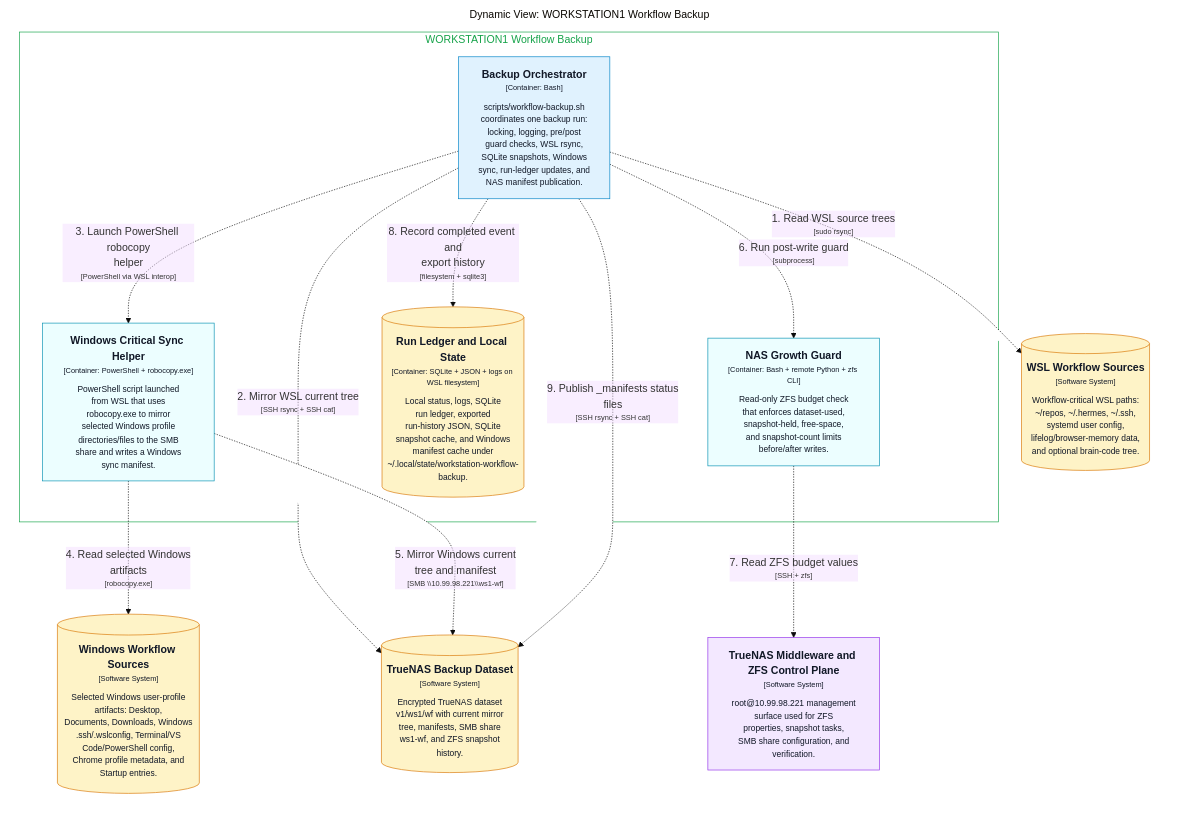
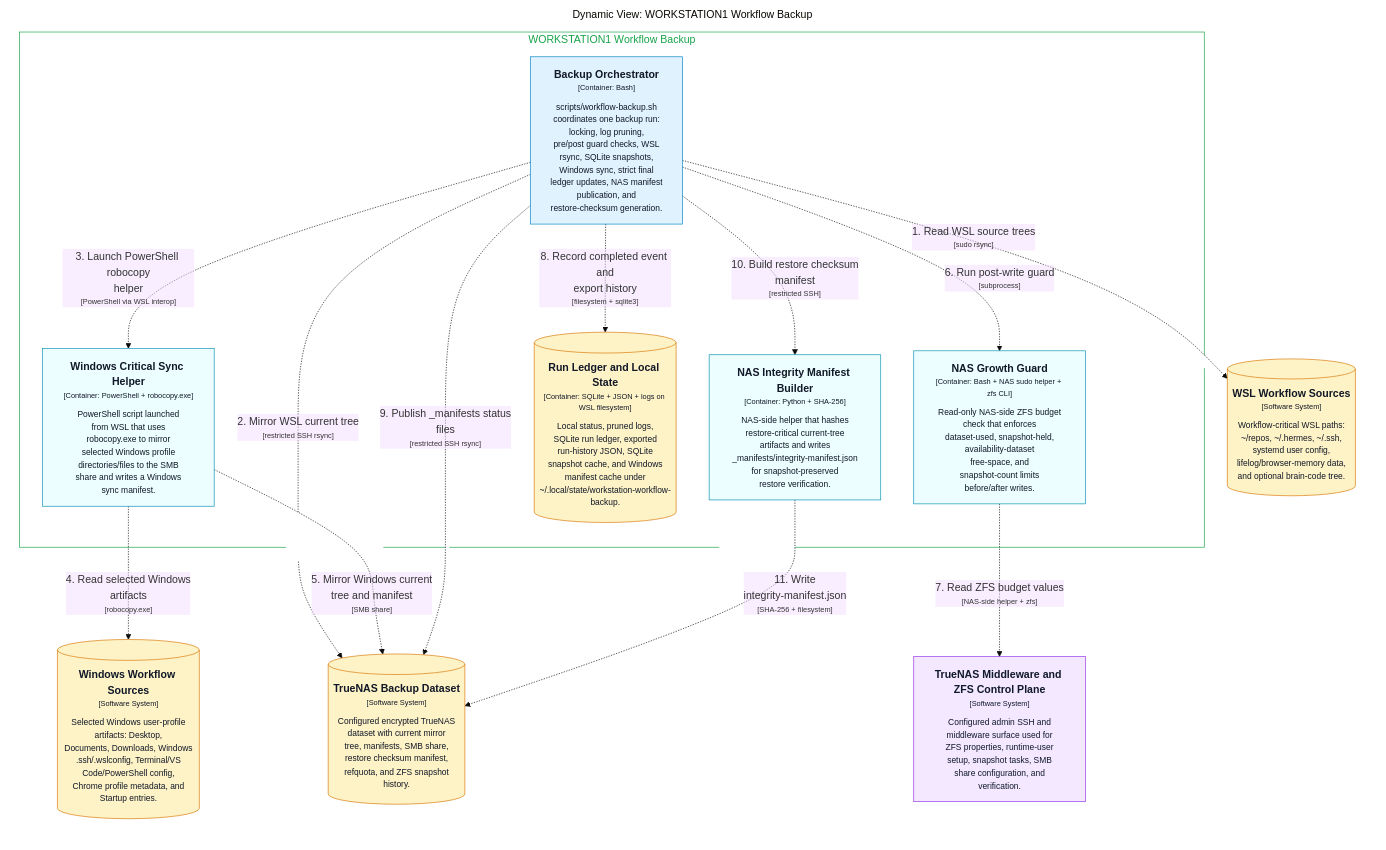
The diagram in docs/architecture/diagrams/structurizr-HourlyMirrorPublishFlow.mmd (michaelnicks0/workstation-workflow-backup), drawn with Mermaid (base theme) before and after one commit. The commit also changed 96 other files, not shown here.

Commit message:
backup: harden NAS runtime access

```diff
--- a/docs/architecture/diagrams/structurizr-HourlyMirrorPublishFlow.mmd
+++ b/docs/architecture/diagrams/structurizr-HourlyMirrorPublishFlow.mmd
@@ -1,39 +1,43 @@
 graph LR
   linkStyle default fill:#ffffff
 
   subgraph diagram ["Dynamic View: WORKSTATION1 Workflow Backup"]
     style diagram fill:#ffffff,stroke:#ffffff
 
     subgraph 2 ["WORKSTATION1 Workflow Backup"]
       style 2 fill:#ffffff,stroke:#16a34a,color:#16a34a
 
-      16["<div style='font-weight: bold'>Windows Critical Sync Helper</div><div style='font-size: 70%; margin-top: 0px'>[Container: PowerShell + robocopy.exe]</div><div style='font-size: 80%; margin-top:10px'>PowerShell script launched<br />from WSL that uses<br />robocopy.exe to mirror<br />selected Windows profile<br />directories/files to the SMB<br />share and writes a Windows<br />sync manifest.</div>"]
-      style 16 fill:#ecfeff,stroke:#0891b2,color:#111827
-      17["<div style='font-weight: bold'>NAS Growth Guard</div><div style='font-size: 70%; margin-top: 0px'>[Container: Bash + remote Python + zfs CLI]</div><div style='font-size: 80%; margin-top:10px'>Read-only ZFS budget check<br />that enforces dataset-used,<br />snapshot-held, free-space,<br />and snapshot-count limits<br />before/after writes.</div>"]
+      17["<div style='font-weight: bold'>Windows Critical Sync Helper</div><div style='font-size: 70%; margin-top: 0px'>[Container: PowerShell + robocopy.exe]</div><div style='font-size: 80%; margin-top:10px'>PowerShell script launched<br />from WSL that uses<br />robocopy.exe to mirror<br />selected Windows profile<br />directories/files to the SMB<br />share and writes a Windows<br />sync manifest.</div>"]
       style 17 fill:#ecfeff,stroke:#0891b2,color:#111827
-      21[("<div style='font-weight: bold'>Run Ledger and Local State</div><div style='font-size: 70%; margin-top: 0px'>[Container: SQLite + JSON + logs on WSL filesystem]</div><div style='font-size: 80%; margin-top:10px'>Local status, logs, SQLite<br />run ledger, exported<br />run-history JSON, SQLite<br />snapshot cache, and Windows<br />manifest cache under<br />~/.local/state/workstation-workflow-backup.</div>")]
-      style 21 fill:#fef3c7,stroke:#d97706,color:#111827
-      4["<div style='font-weight: bold'>Backup Orchestrator</div><div style='font-size: 70%; margin-top: 0px'>[Container: Bash]</div><div style='font-size: 80%; margin-top:10px'>scripts/workflow-backup.sh<br />coordinates one backup run:<br />locking, logging, pre/post<br />guard checks, WSL rsync,<br />SQLite snapshots, Windows<br />sync, run-ledger updates, and<br />NAS manifest publication.</div>"]
+      18["<div style='font-weight: bold'>NAS Growth Guard</div><div style='font-size: 70%; margin-top: 0px'>[Container: Bash + NAS sudo helper + zfs CLI]</div><div style='font-size: 80%; margin-top:10px'>Read-only NAS-side ZFS budget<br />check that enforces<br />dataset-used, snapshot-held,<br />availability-dataset<br />free-space, and<br />snapshot-count limits<br />before/after writes.</div>"]
+      style 18 fill:#ecfeff,stroke:#0891b2,color:#111827
+      19["<div style='font-weight: bold'>NAS Integrity Manifest Builder</div><div style='font-size: 70%; margin-top: 0px'>[Container: Python + SHA-256]</div><div style='font-size: 80%; margin-top:10px'>NAS-side helper that hashes<br />restore-critical current-tree<br />artifacts and writes<br />_manifests/integrity-manifest.json<br />for snapshot-preserved<br />restore verification.</div>"]
+      style 19 fill:#ecfeff,stroke:#0891b2,color:#111827
+      25[("<div style='font-weight: bold'>Run Ledger and Local State</div><div style='font-size: 70%; margin-top: 0px'>[Container: SQLite + JSON + logs on WSL filesystem]</div><div style='font-size: 80%; margin-top:10px'>Local status, pruned logs,<br />SQLite run ledger, exported<br />run-history JSON, SQLite<br />snapshot cache, and Windows<br />manifest cache under<br />~/.local/state/workstation-workflow-backup.</div>")]
+      style 25 fill:#fef3c7,stroke:#d97706,color:#111827
+      4["<div style='font-weight: bold'>Backup Orchestrator</div><div style='font-size: 70%; margin-top: 0px'>[Container: Bash]</div><div style='font-size: 80%; margin-top:10px'>scripts/workflow-backup.sh<br />coordinates one backup run:<br />locking, log pruning,<br />pre/post guard checks, WSL<br />rsync, SQLite snapshots,<br />Windows sync, strict final<br />ledger updates, NAS manifest<br />publication, and<br />restore-checksum generation.</div>"]
       style 4 fill:#e0f2fe,stroke:#0284c7,color:#111827
     end
 
-    22[("<div style='font-weight: bold'>WSL Workflow Sources</div><div style='font-size: 70%; margin-top: 0px'>[Software System]</div><div style='font-size: 80%; margin-top:10px'>Workflow-critical WSL paths:<br />~/repos, ~/.hermes, ~/.ssh,<br />systemd user config,<br />lifelog/browser-memory data,<br />and optional brain-code tree.</div>")]
-    style 22 fill:#fef3c7,stroke:#d97706,color:#111827
-    23[("<div style='font-weight: bold'>Windows Workflow Sources</div><div style='font-size: 70%; margin-top: 0px'>[Software System]</div><div style='font-size: 80%; margin-top:10px'>Selected Windows user-profile<br />artifacts: Desktop,<br />Documents, Downloads, Windows<br />.ssh/.wslconfig, Terminal/VS<br />Code/PowerShell config,<br />Chrome profile metadata, and<br />Startup entries.</div>")]
-    style 23 fill:#fef3c7,stroke:#d97706,color:#111827
-    24[("<div style='font-weight: bold'>TrueNAS Backup Dataset</div><div style='font-size: 70%; margin-top: 0px'>[Software System]</div><div style='font-size: 80%; margin-top:10px'>Encrypted TrueNAS dataset<br />v1/ws1/wf with current mirror<br />tree, manifests, SMB share<br />ws1-wf, and ZFS snapshot<br />history.</div>")]
-    style 24 fill:#fef3c7,stroke:#d97706,color:#111827
-    25["<div style='font-weight: bold'>TrueNAS Middleware and ZFS Control Plane</div><div style='font-size: 70%; margin-top: 0px'>[Software System]</div><div style='font-size: 80%; margin-top:10px'>root@10.99.98.221 management<br />surface used for ZFS<br />properties, snapshot tasks,<br />SMB share configuration, and<br />verification.</div>"]
-    style 25 fill:#f3e8ff,stroke:#9333ea,color:#111827
+    26[("<div style='font-weight: bold'>WSL Workflow Sources</div><div style='font-size: 70%; margin-top: 0px'>[Software System]</div><div style='font-size: 80%; margin-top:10px'>Workflow-critical WSL paths:<br />~/repos, ~/.hermes, ~/.ssh,<br />systemd user config,<br />lifelog/browser-memory data,<br />and optional brain-code tree.</div>")]
+    style 26 fill:#fef3c7,stroke:#d97706,color:#111827
+    27[("<div style='font-weight: bold'>Windows Workflow Sources</div><div style='font-size: 70%; margin-top: 0px'>[Software System]</div><div style='font-size: 80%; margin-top:10px'>Selected Windows user-profile<br />artifacts: Desktop,<br />Documents, Downloads, Windows<br />.ssh/.wslconfig, Terminal/VS<br />Code/PowerShell config,<br />Chrome profile metadata, and<br />Startup entries.</div>")]
+    style 27 fill:#fef3c7,stroke:#d97706,color:#111827
+    28[("<div style='font-weight: bold'>TrueNAS Backup Dataset</div><div style='font-size: 70%; margin-top: 0px'>[Software System]</div><div style='font-size: 80%; margin-top:10px'>Configured encrypted TrueNAS<br />dataset with current mirror<br />tree, manifests, SMB share,<br />restore checksum manifest,<br />refquota, and ZFS snapshot<br />history.</div>")]
+    style 28 fill:#fef3c7,stroke:#d97706,color:#111827
+    29["<div style='font-weight: bold'>TrueNAS Middleware and ZFS Control Plane</div><div style='font-size: 70%; margin-top: 0px'>[Software System]</div><div style='font-size: 80%; margin-top:10px'>Configured admin SSH and<br />middleware surface used for<br />ZFS properties, runtime-user<br />setup, snapshot tasks, SMB<br />share configuration, and<br />verification.</div>"]
+    style 29 fill:#f3e8ff,stroke:#9333ea,color:#111827
 
-    4-. "<div>1. Read WSL source trees</div><div style='font-size: 70%'>[sudo rsync]</div>" .->22
-    4-. "<div>2. Mirror WSL current tree</div><div style='font-size: 70%'>[SSH rsync + SSH cat]</div>" .->24
-    4-. "<div>3. Launch PowerShell robocopy<br />helper</div><div style='font-size: 70%'>[PowerShell via WSL interop]</div>" .->16
-    16-. "<div>4. Read selected Windows<br />artifacts</div><div style='font-size: 70%'>[robocopy.exe]</div>" .->23
-    16-. "<div>5. Mirror Windows current<br />tree and manifest</div><div style='font-size: 70%'>[SMB \\10.99.98.221\\ws1-wf]</div>" .->24
-    4-. "<div>6. Run post-write guard</div><div style='font-size: 70%'>[subprocess]</div>" .->17
-    17-. "<div>7. Read ZFS budget values</div><div style='font-size: 70%'>[SSH + zfs]</div>" .->25
-    4-. "<div>8. Record completed event and<br />export history</div><div style='font-size: 70%'>[filesystem + sqlite3]</div>" .->21
-    4-. "<div>9. Publish _manifests status<br />files</div><div style='font-size: 70%'>[SSH rsync + SSH cat]</div>" .->24
+    4-. "<div>1. Read WSL source trees</div><div style='font-size: 70%'>[sudo rsync]</div>" .->26
+    4-. "<div>2. Mirror WSL current tree</div><div style='font-size: 70%'>[restricted SSH rsync]</div>" .->28
+    4-. "<div>3. Launch PowerShell robocopy<br />helper</div><div style='font-size: 70%'>[PowerShell via WSL interop]</div>" .->17
+    17-. "<div>4. Read selected Windows<br />artifacts</div><div style='font-size: 70%'>[robocopy.exe]</div>" .->27
+    17-. "<div>5. Mirror Windows current<br />tree and manifest</div><div style='font-size: 70%'>[SMB share]</div>" .->28
+    4-. "<div>6. Run post-write guard</div><div style='font-size: 70%'>[subprocess]</div>" .->18
+    18-. "<div>7. Read ZFS budget values</div><div style='font-size: 70%'>[NAS-side helper + zfs]</div>" .->29
+    4-. "<div>8. Record completed event and<br />export history</div><div style='font-size: 70%'>[filesystem + sqlite3]</div>" .->25
+    4-. "<div>9. Publish _manifests status<br />files</div><div style='font-size: 70%'>[restricted SSH rsync]</div>" .->28
+    4-. "<div>10. Build restore checksum<br />manifest</div><div style='font-size: 70%'>[restricted SSH]</div>" .->19
+    19-. "<div>11. Write<br />integrity-manifest.json</div><div style='font-size: 70%'>[SHA-256 + filesystem]</div>" .->28
 
   end
```
